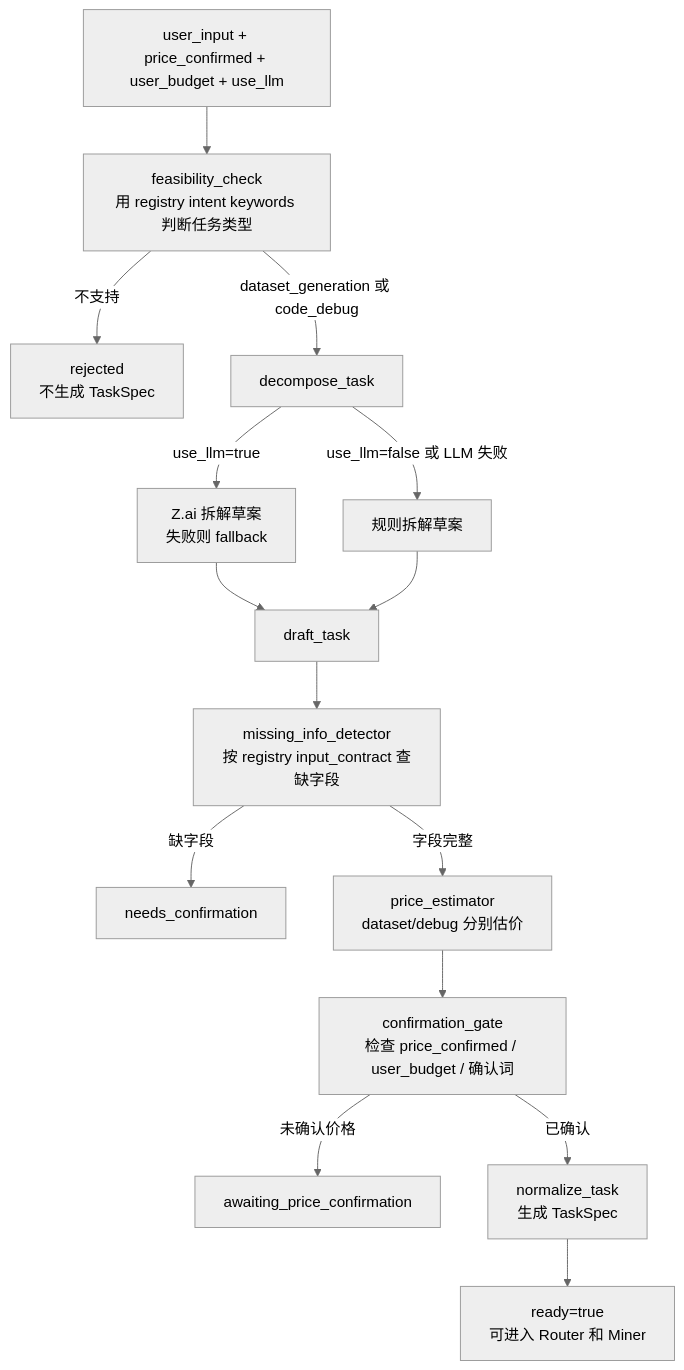
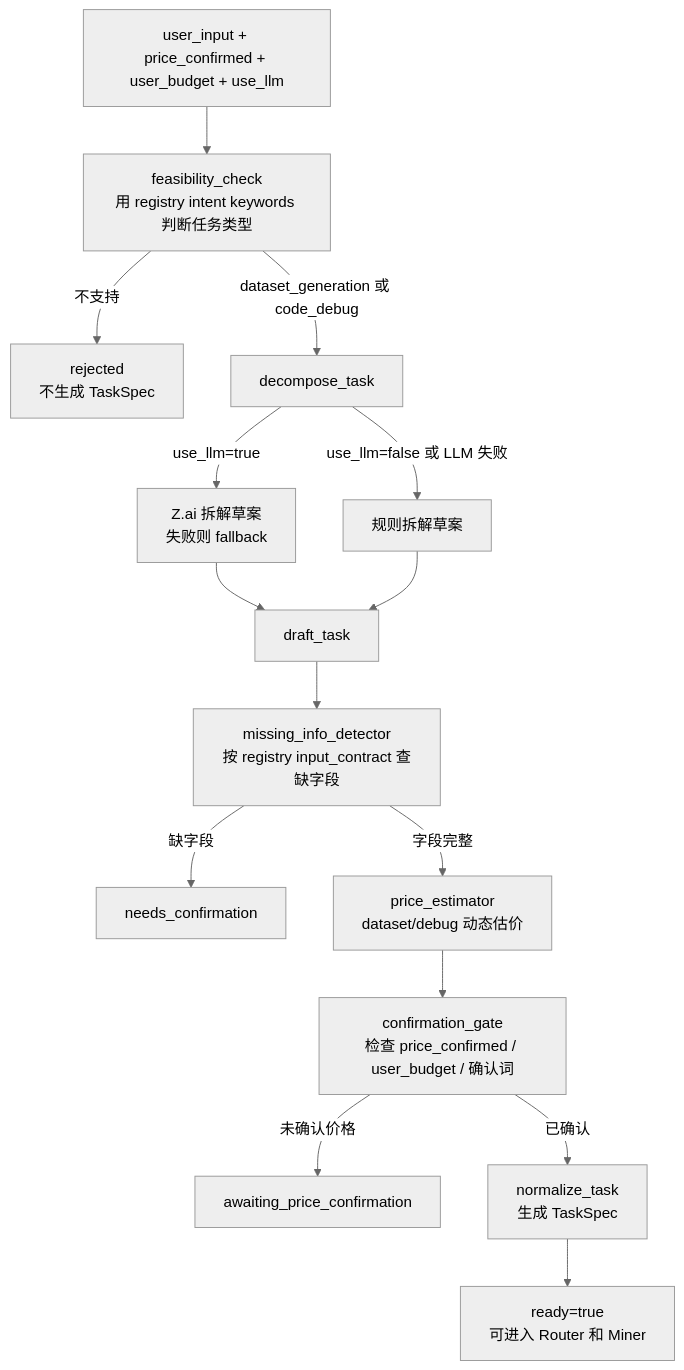
Before and after one commit to ixxxMrAnderson/bountyland: the second of 17 diagrams in aurora-agent-core/docs/agent-flow-diagrams.zh.md, drawn with Mermaid (neutral theme). The commit also changed other lines of this file and 6 other files, not shown here.

````diff
--- a/aurora-agent-core/docs/agent-flow-diagrams.zh.md
+++ b/aurora-agent-core/docs/agent-flow-diagrams.zh.md
@@ -42,23 +45,23 @@
 ```mermaid
 flowchart TD
     INPUT["user_input + price_confirmed + user_budget + use_llm"] --> FEAS["feasibility_check<br/>用 registry intent keywords 判断任务类型"]
 
     FEAS -->|"不支持"| REJECT["rejected<br/>不生成 TaskSpec"]
     FEAS -->|"dataset_generation 或 code_debug"| DECOMP["decompose_task"]
 
     DECOMP -->|"use_llm=true"| LLM["Z.ai 拆解草案<br/>失败则 fallback"]
     DECOMP -->|"use_llm=false 或 LLM 失败"| RULES["规则拆解草案"]
 
     LLM --> DRAFT["draft_task"]
     RULES --> DRAFT
 
     DRAFT --> MISS["missing_info_detector<br/>按 registry input_contract 查缺字段"]
     MISS -->|"缺字段"| NEED["needs_confirmation"]
-    MISS -->|"字段完整"| PRICE["price_estimator<br/>dataset/debug 分别估价"]
+    MISS -->|"字段完整"| PRICE["price_estimator<br/>dataset/debug 动态估价"]
 
     PRICE --> CONFIRM["confirmation_gate<br/>检查 price_confirmed / user_budget / 确认词"]
     CONFIRM -->|"未确认价格"| WAIT["awaiting_price_confirmation"]
     CONFIRM -->|"已确认"| SPEC["normalize_task<br/>生成 TaskSpec"]
 
     SPEC --> READY["ready=true<br/>可进入 Router 和 Miner"]
 ```
````
